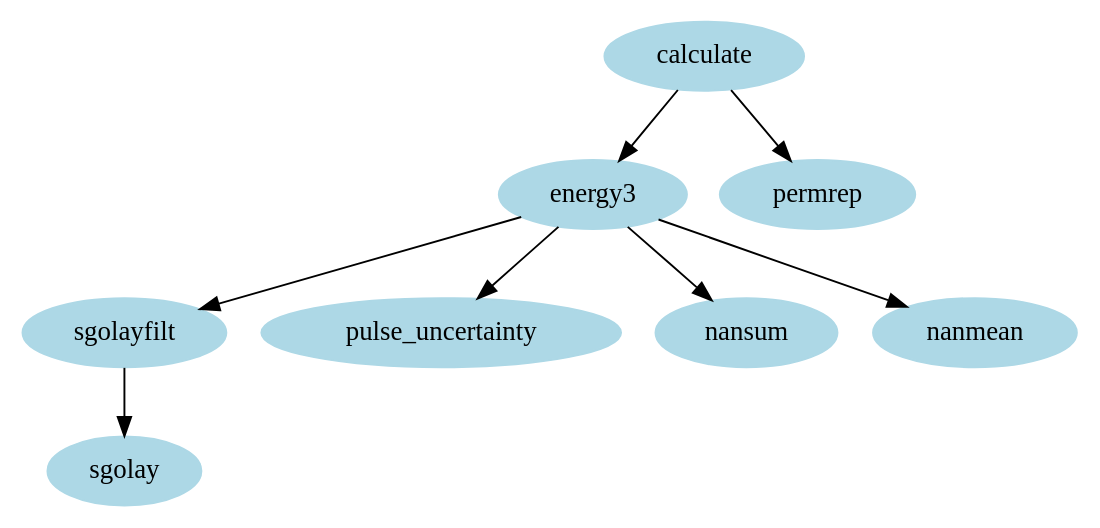
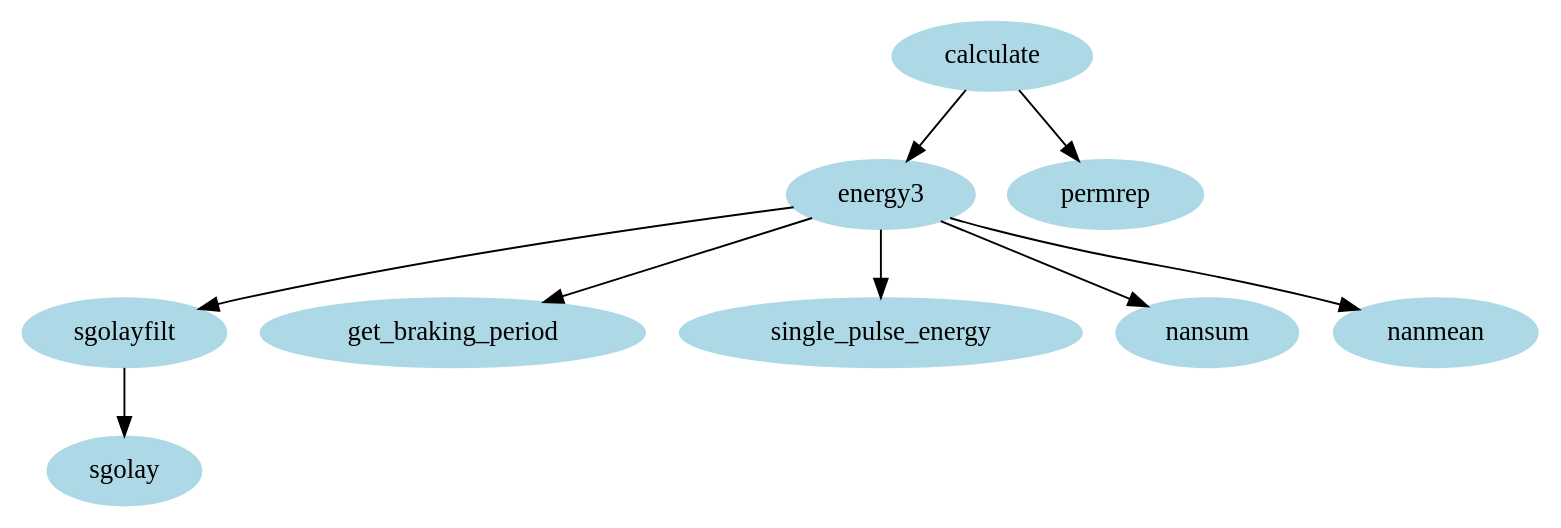
Before and after one commit to KaeroDot/myrails-braking-energy: the diagram in doc/calculate_dependency.dot, drawn with Graphviz. The commit also changed 6 other files, not shown here.

Commit message:
chng: pulse energy into subfunction, added correction tables based on the INRIM method

```diff
--- a/doc/calculate_dependency.dot
+++ b/doc/calculate_dependency.dot
@@ -1,21 +1,23 @@
 /* Generated by mDepGen */
 digraph dep {
 node [shape = oval];
 /* start of shape definitions */
 "calculate" [color=lightblue, style=filled];
 "energy3" [color=lightblue, style=filled];
 "sgolayfilt" [color=lightblue, style=filled];
-"pulse_uncertainty" [color=lightblue, style=filled];
+"get_braking_period" [color=lightblue, style=filled];
+"single_pulse_energy" [color=lightblue, style=filled];
 "nansum" [color=lightblue, style=filled];
 "nanmean" [color=lightblue, style=filled];
 "sgolay" [color=lightblue, style=filled];
 "permrep" [color=lightblue, style=filled];
 /* end of shape definitions */
 "calculate" -> "energy3" ;
-"energy3" -> "pulse_uncertainty" ;
+"energy3" -> "get_braking_period" ;
+"energy3" -> "single_pulse_energy" ;
 "energy3" -> "nansum" ;
 "energy3" -> "nanmean" ;
 "energy3" -> "sgolayfilt" ;
 "sgolayfilt" -> "sgolay" ;
 "calculate" -> "permrep" ;
 }
```
